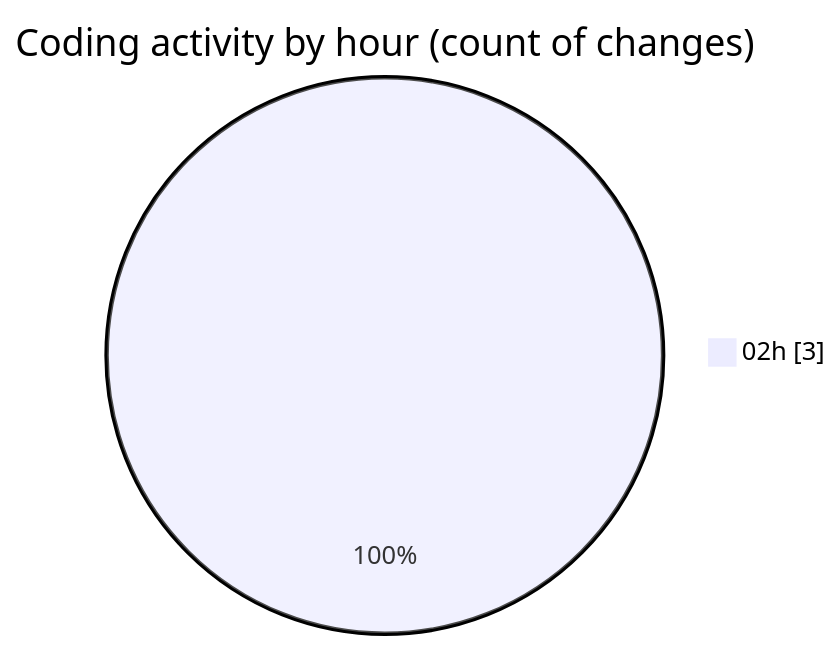
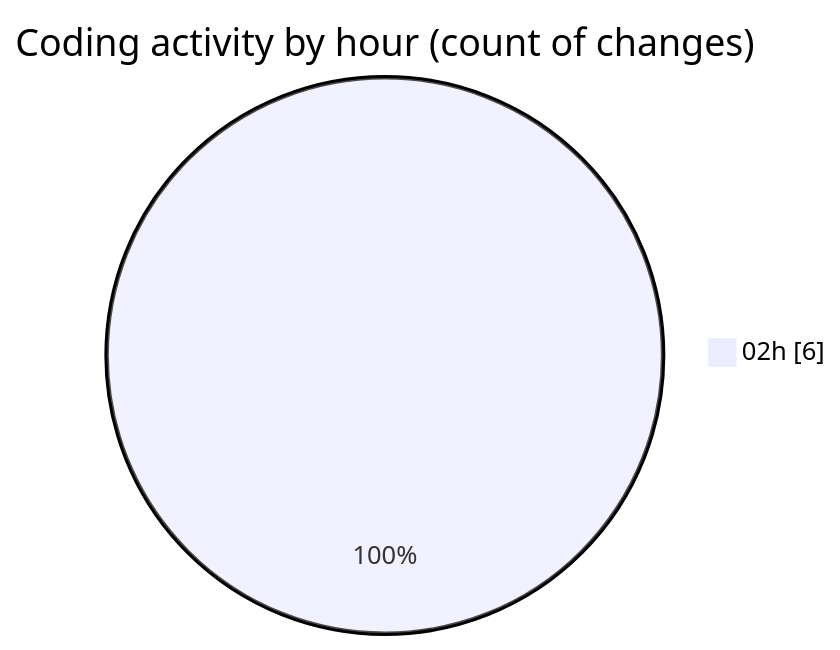
The second of 2 diagrams in 2025-07-03/cursor/README.md (FelipKnott/code-tracking), drawn with Mermaid before and after one commit. The commit also changed other lines of this file and 1 other file, not shown here.

````diff
--- a/2025-07-03/cursor/README.md
+++ b/2025-07-03/cursor/README.md
@@ -28,5 +28,5 @@
 ```mermaid
 pie showData
 title Coding activity by hour (count of changes)
-"02h" : 3
+"02h" : 6
 ```
````
